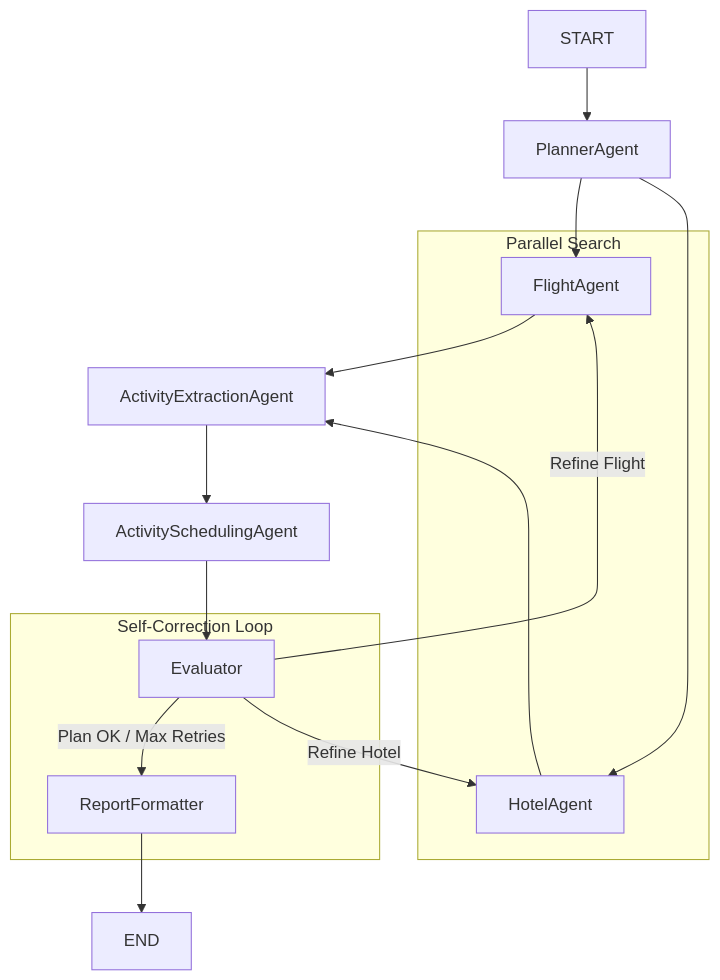
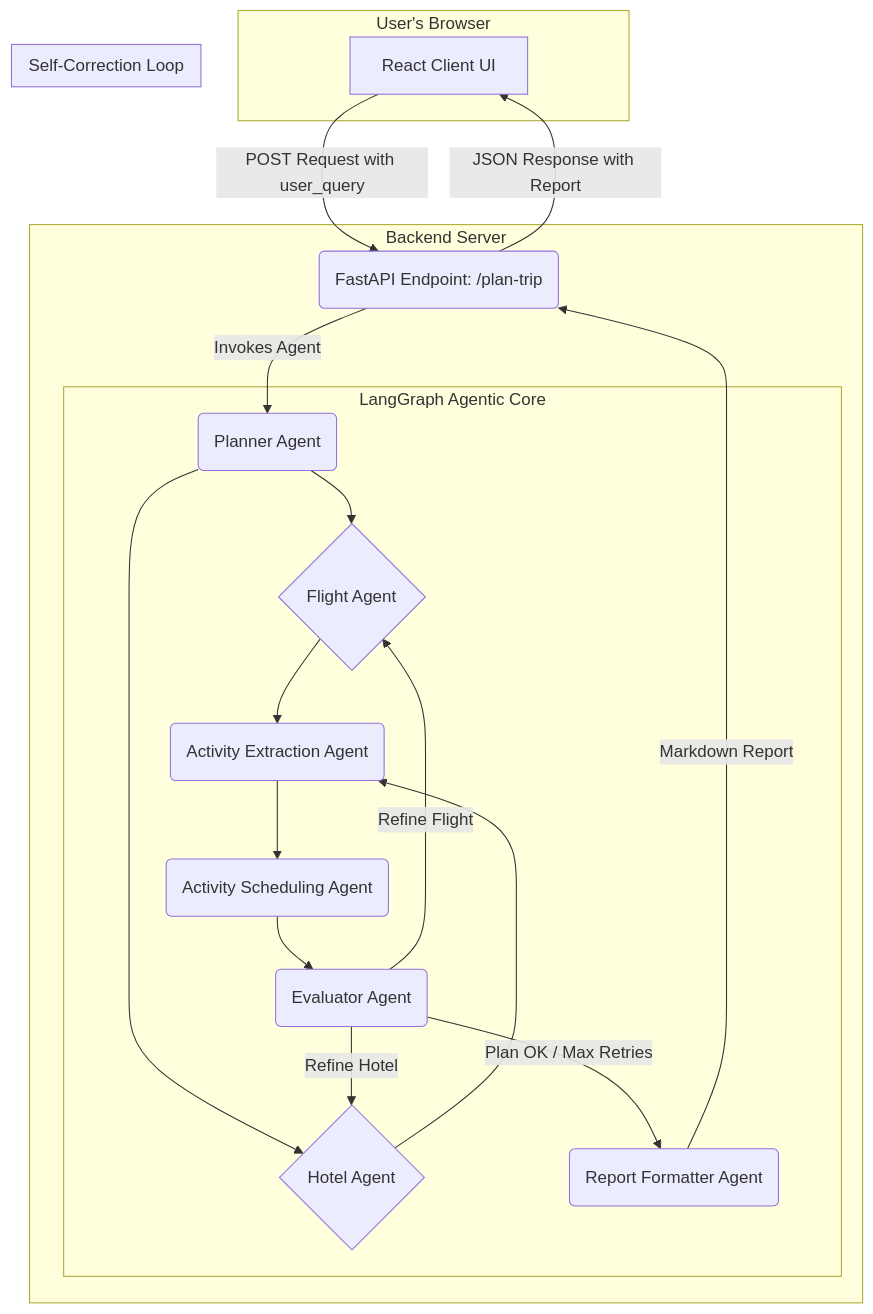
The diagram in README.md (berkyalkn/AI-travel-agent), drawn with Mermaid before and after one commit. The commit also changed other lines of this file, not shown here.

Commit message:
docs: Update README for full-stack architecture

````diff
--- a/README.md
+++ b/README.md
@@ -39,22 +46,38 @@
 ```mermaid
 graph TD
-    START --> PlannerAgent
-    PlannerAgent --> FlightAgent & HotelAgent
-    
-    subgraph "Parallel Search"
-      FlightAgent
-      HotelAgent
+    subgraph "User's Browser"
+        A[React Client UI]
     end
 
-    FlightAgent & HotelAgent --> ActivityExtractionAgent
-    ActivityExtractionAgent --> ActivitySchedulingAgent
-    ActivitySchedulingAgent --> Evaluator
-    
+    subgraph "Backend Server"
+        B(FastAPI Endpoint: /plan-trip)
+        subgraph LangGraph Agentic Core
+            C(Planner Agent)
+            D{Flight Agent}
+            E{Hotel Agent}
+            F(Activity Extraction Agent)
+            G(Activity Scheduling Agent)
+            H(Evaluator Agent)
+            I(Report Formatter Agent)
+        end
+    end
+
+   
+    A -- "POST Request with user_query" --> B
+    B -- "Invokes Agent" --> C
+    C --> D & E
+    D --> F
+    E --> F
+    F --> G
+    G --> H
+
+   
     subgraph "Self-Correction Loop"
-        Evaluator -- "Plan OK / Max Retries" --> ReportFormatter
-        Evaluator -- "Refine Hotel" --> HotelAgent
-        Evaluator -- "Refine Flight" --> FlightAgent
+        H -- "Refine Hotel" --> E
+        H -- "Refine Flight" --> D
+        H -- "Plan OK / Max Retries" --> I
     end
-    
-    ReportFormatter --> END
-```
+
+    I -- "Markdown Report" --> B
+    B -- "JSON Response with Report" --> A
+ ```
````
